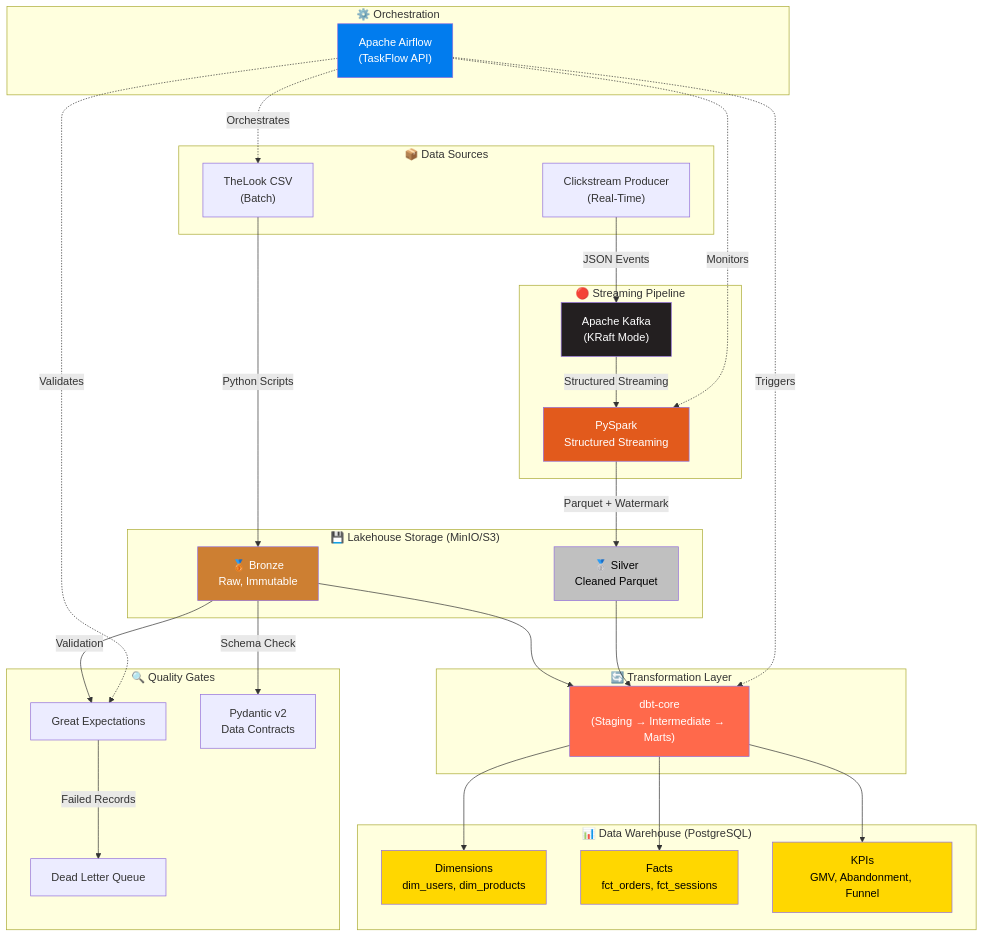
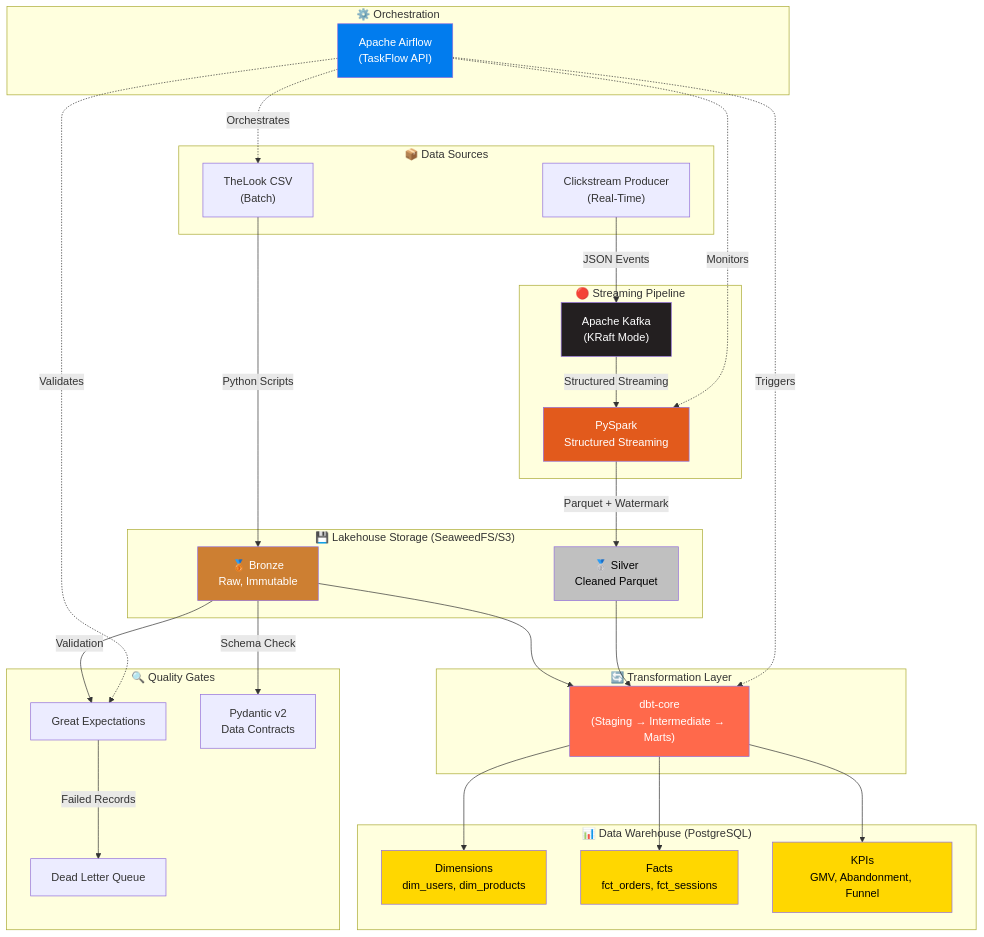
The diagram in README.md (dogruom/thelook-lakehouse-platform), drawn with Mermaid before and after one commit. The commit also changed other lines of this file and 25 other files, not shown here.

First line of the commit message:
feat(infra): Sprint 1 complete - SeaweedFS replaces MinIO, all services healthy

````diff
--- a/README.md
+++ b/README.md
@@ -15,64 +15,64 @@
 ```mermaid
 graph TB
     subgraph Sources["📦 Data Sources"]
         CSV["TheLook CSV<br/>(Batch)"]
         PROD["Clickstream Producer<br/>(Real-Time)"]
     end
 
     subgraph Streaming["🔴 Streaming Pipeline"]
         KAFKA["Apache Kafka<br/>(KRaft Mode)"]
         SPARK["PySpark<br/>Structured Streaming"]
     end
 
-    subgraph Storage["💾 Lakehouse Storage (MinIO/S3)"]
+    subgraph Storage["💾 Lakehouse Storage (SeaweedFS/S3)"]
         BRONZE["🥉 Bronze<br/>Raw, Immutable"]
         SILVER_S3["🥈 Silver<br/>Cleaned Parquet"]
     end
 
     subgraph Quality["🔍 Quality Gates"]
         GX["Great Expectations"]
         PYDANTIC["Pydantic v2<br/>Data Contracts"]
         DLQ["Dead Letter Queue"]
     end
 
     subgraph Transform["🔄 Transformation Layer"]
         DBT["dbt-core<br/>(Staging → Intermediate → Marts)"]
     end
 
     subgraph DWH["📊 Data Warehouse (PostgreSQL)"]
         DIMS["Dimensions<br/>dim_users, dim_products"]
         FACTS["Facts<br/>fct_orders, fct_sessions"]
         KPIS["KPIs<br/>GMV, Abandonment, Funnel"]
     end
 
     subgraph Orchestration["⚙️ Orchestration"]
         AIRFLOW["Apache Airflow<br/>(TaskFlow API)"]
     end
 
     CSV -->|Python Scripts| BRONZE
     PROD -->|JSON Events| KAFKA
     KAFKA -->|Structured Streaming| SPARK
     SPARK -->|Parquet + Watermark| SILVER_S3
     BRONZE -->|Validation| GX
     BRONZE -->|Schema Check| PYDANTIC
     GX -->|Failed Records| DLQ
     BRONZE --> DBT
     SILVER_S3 --> DBT
     DBT --> DIMS
     DBT --> FACTS
     DBT --> KPIS
     AIRFLOW -.->|Orchestrates| CSV
     AIRFLOW -.->|Monitors| SPARK
     AIRFLOW -.->|Triggers| DBT
     AIRFLOW -.->|Validates| GX
 
     style BRONZE fill:#CD7F32,color:#fff
     style SILVER_S3 fill:#C0C0C0,color:#000
     style DIMS fill:#FFD700,color:#000
     style FACTS fill:#FFD700,color:#000
     style KPIS fill:#FFD700,color:#000
     style KAFKA fill:#231F20,color:#fff
     style SPARK fill:#E25A1C,color:#fff
     style DBT fill:#FF694B,color:#fff
     style AIRFLOW fill:#017CEE,color:#fff
 ```
````
